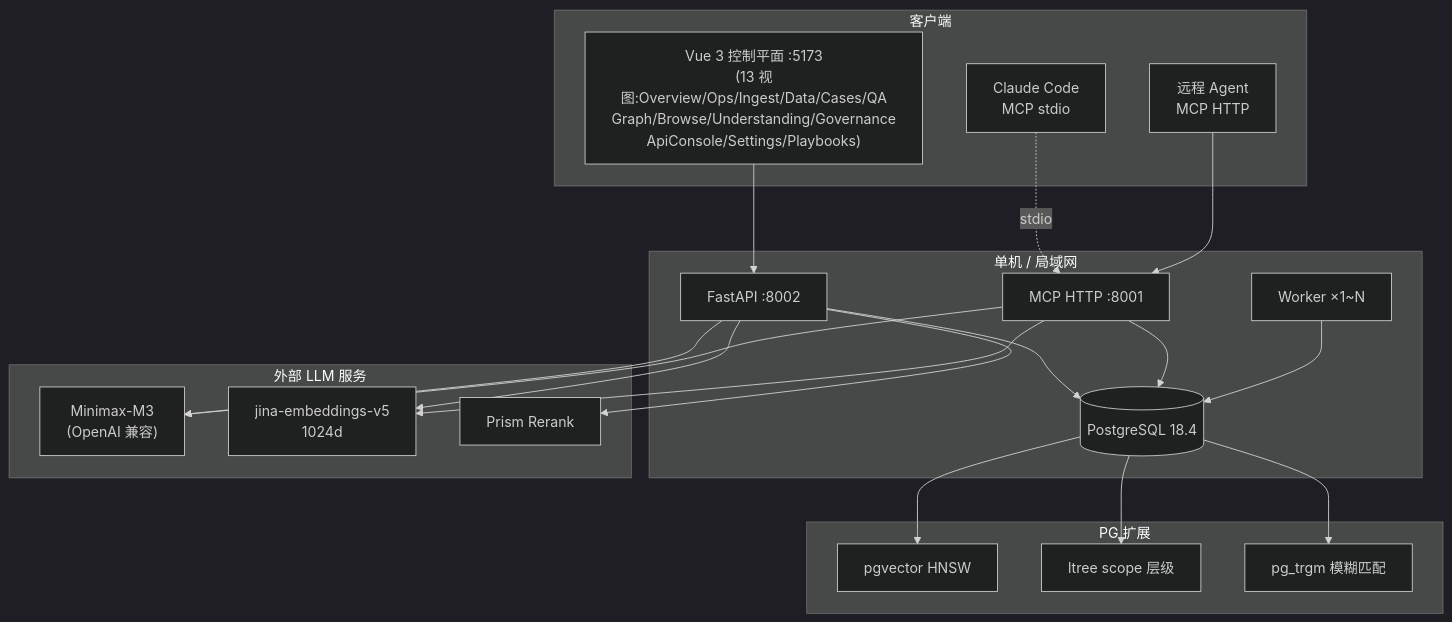
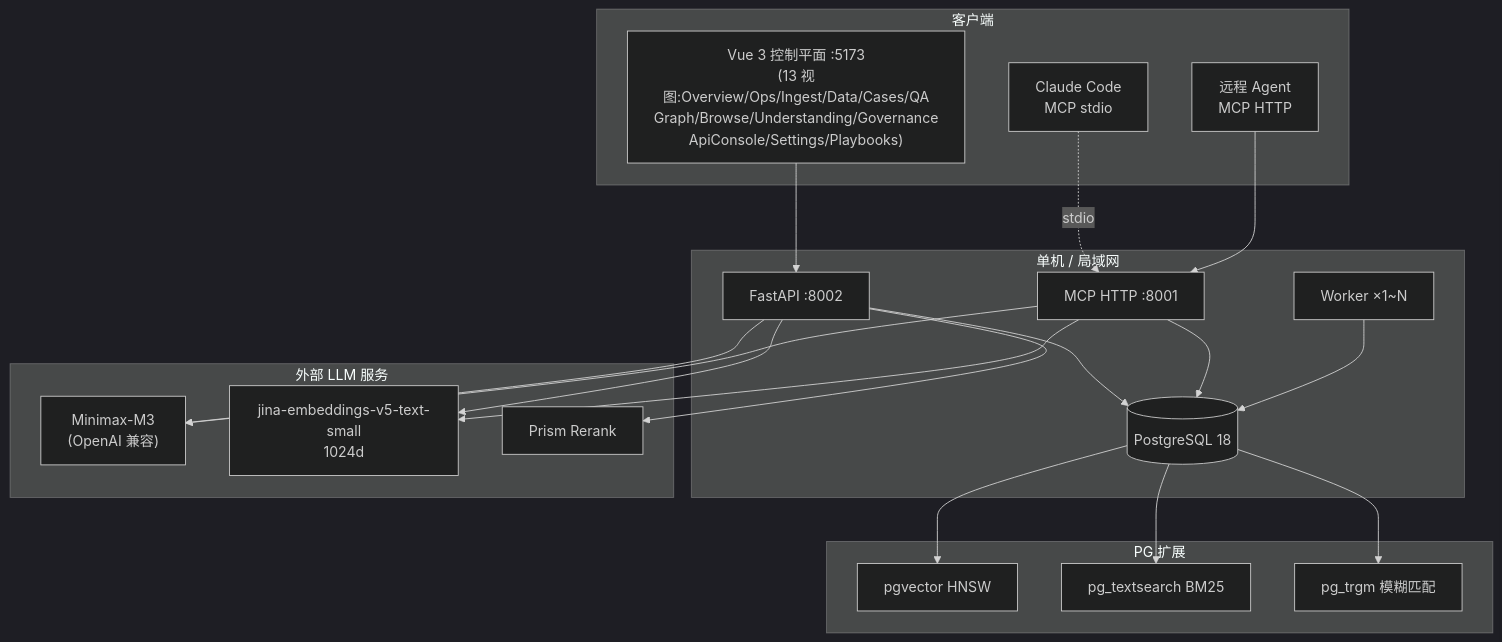
Before and after one commit to pty819/cortex-py-book: the sixth of 11 diagrams in source/chapters/23-architecture-diagrams.md, drawn with Mermaid (dark theme). The commit also changed other lines of this file and 23 other files, not shown here.

````diff
--- a/source/chapters/23-architecture-diagrams.md
+++ b/source/chapters/23-architecture-diagrams.md
@@ -368,44 +368,44 @@
 ```{mermaid}
 graph TB
     subgraph host ["单机 / 局域网"]
         API["FastAPI :8002"]
         MCP["MCP HTTP :8001"]
         WK["Worker ×1~N"]
-        PG[("PostgreSQL 18.4")]
+        PG[("PostgreSQL 18")]
     end
 
     subgraph ext ["外部 LLM 服务"]
         LLM["Minimax-M3<br/>(OpenAI 兼容)"]
-        EMB["jina-embeddings-v5<br/>1024d"]
+        EMB["jina-embeddings-v5-text-small<br/>1024d"]
         RR["Prism Rerank"]
     end
 
     subgraph client ["客户端"]
         VUE["Vue 3 控制平面 :5173<br/>(13 视图:Overview/Ops/Ingest/Data/Cases/QA<br/>Graph/Browse/Understanding/Governance<br/>ApiConsole/Settings/Playbooks)"]
         CC["Claude Code<br/>MCP stdio"]
         RA["远程 Agent<br/>MCP HTTP"]
     end
 
     VUE --> API
     CC -.->|stdio| MCP
     RA --> MCP
 
     API --> LLM
     API --> EMB
     API --> RR
     MCP --> LLM
     MCP --> EMB
 
     API --> PG
     MCP --> PG
     WK --> PG
 
     subgraph pgext ["PG 扩展"]
         HNSW["pgvector HNSW"]
-        LTREE["ltree scope 层级"]
+        PTS["pg_textsearch BM25"]
         TRGM["pg_trgm 模糊匹配"]
     end
     PG --> HNSW
-    PG --> LTREE
+    PG --> PTS
     PG --> TRGM
 ```
````
